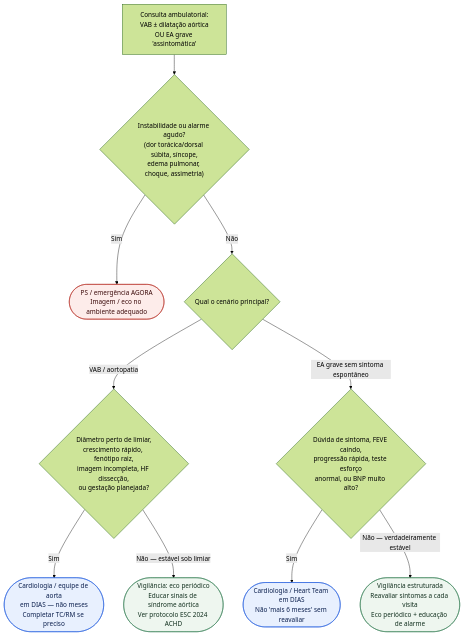
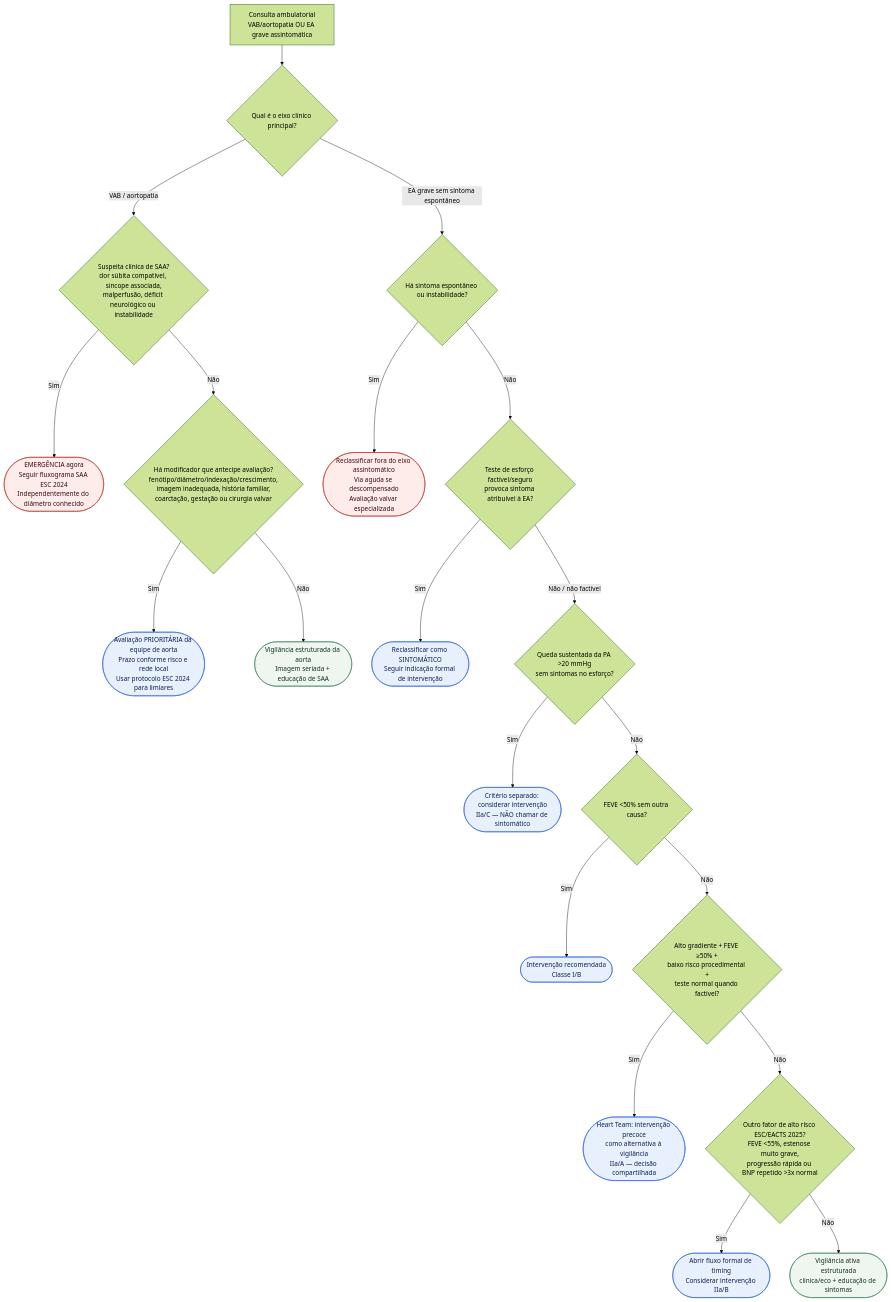
The diagram in content/Valvopatias/fluxograma-ambulatorial-bicuspide-aortopatia-e-ea-assintomatica-quando-escalar.md (rafaelpaesmeirelles/MeuCardio), drawn with Mermaid (forest theme) before and after one commit. The commit also changed other lines of this file, not shown here.

Commit message:
fix(content): reestrutura fluxograma VAB e EA assintomática

````diff
--- a/content/Valvopatias/fluxograma-ambulatorial-bicuspide-aortopatia-e-ea-assintomatica-quando-escalar.md
+++ b/content/Valvopatias/fluxograma-ambulatorial-bicuspide-aortopatia-e-ea-assintomatica-quando-escalar.md
@@ -24,25 +27,31 @@
 ```mermaid
 flowchart TD
-  R0["Consulta ambulatorial:<br/>VAB ± dilatação aórtica<br/>OU EA grave 'assintomática'"] --> D1{"Instabilidade ou alarme agudo?<br/>(dor torácica/dorsal súbita, síncope,<br/>edema pulmonar, choque, assimetria)"}
+  R0["Consulta ambulatorial<br/>VAB/aortopatia OU EA grave assintomática"] --> D0{"Qual é o eixo clínico principal?"}
 
-  D1 -->|"Sim"| C1(["PS / emergência AGORA<br/>Imagem / eco no ambiente adequado"])
+  D0 -->|"VAB / aortopatia"| A1{"Suspeita clínica de SAA?<br/>dor súbita compatível, síncope associada,<br/>malperfusão, déficit neurológico ou instabilidade"}
+  A1 -->|"Sim"| A2(["EMERGÊNCIA agora<br/>Seguir fluxograma SAA ESC 2024<br/>Independentemente do diâmetro conhecido"])
+  A1 -->|"Não"| A3{"Há modificador que antecipe avaliação?<br/>fenótipo/diâmetro/indexação/crescimento,<br/>imagem inadequada, história familiar,<br/>coarctação, gestação ou cirurgia valvar"}
+  A3 -->|"Sim"| A4(["Avaliação PRIORITÁRIA da equipe de aorta<br/>Prazo conforme risco e rede local<br/>Usar protocolo ESC 2024 para limiares"])
+  A3 -->|"Não"| A5(["Vigilância estruturada da aorta<br/>Imagem seriada + educação de SAA"])
 
-  D1 -->|"Não"| D2{"Qual o cenário principal?"}
+  D0 -->|"EA grave sem sintoma espontâneo"| E1{"Há sintoma espontâneo ou instabilidade?"}
+  E1 -->|"Sim"| E2(["Reclassificar fora do eixo assintomático<br/>Via aguda se descompensado<br/>Avaliação valvar especializada"])
+  E1 -->|"Não"| E3{"Teste de esforço factível/seguro<br/>provoca sintoma atribuível à EA?"}
+  E3 -->|"Sim"| E4(["Reclassificar como SINTOMÁTICO<br/>Seguir indicação formal de intervenção"])
+  E3 -->|"Não / não factível"| E5{"Queda sustentada da PA >20 mmHg<br/>sem sintomas no esforço?"}
+  E5 -->|"Sim"| E6(["Critério separado: considerar intervenção<br/>IIa/C — NÃO chamar de sintomático"])
+  E5 -->|"Não"| E7{"FEVE <50% sem outra causa?"}
+  E7 -->|"Sim"| E8(["Intervenção recomendada<br/>Classe I/B"])
+  E7 -->|"Não"| E9{"Alto gradiente + FEVE ≥50% +<br/>baixo risco procedimental +<br/>teste normal quando factível?"}
+  E9 -->|"Sim"| E10(["Heart Team: intervenção precoce<br/>como alternativa à vigilância<br/>IIa/A — decisão compartilhada"])
+  E9 -->|"Não"| E11{"Outro fator de alto risco ESC/EACTS 2025?<br/>FEVE <55%, estenose muito grave,<br/>progressão rápida ou BNP repetido >3x normal"}
+  E11 -->|"Sim"| E12(["Abrir fluxo formal de timing<br/>Considerar intervenção IIa/B"])
+  E11 -->|"Não"| E13(["Vigilância ativa estruturada<br/>clínica/eco + educação de sintomas"])
 
-  D2 -->|"VAB / aortopatia"| D3{"Diâmetro perto de limiar,<br/>crescimento rápido, fenótipo raiz,<br/>imagem incompleta, HF dissecção,<br/>ou gestação planejada?"}
-
-  D3 -->|"Sim"| C2(["Cardiologia / equipe de aorta<br/>em DIAS — não meses<br/>Completar TC/RM se preciso"])
-  D3 -->|"Não — estável sob limiar"| C3(["Vigilância: eco periódico<br/>Educar sinais de síndrome aórtica<br/>Ver protocolo ESC 2024 ACHD"])
-
-  D2 -->|"EA grave sem sintoma espontâneo"| D4{"Dúvida de sintoma, FEVE caindo,<br/>progressão rápida, teste esforço<br/>anormal, ou BNP muito alto?"}
-
-  D4 -->|"Sim"| C4(["Cardiologia / Heart Team em DIAS<br/>Não 'mais 6 meses' sem reavaliar"])
-  D4 -->|"Não — verdadeiramente estável"| C5(["Vigilância estruturada<br/>Reavaliar sintomas a cada visita<br/>Eco periódico + educação de alarme"])
-
+  classDef alerta fill:#fdecea,stroke:#b3261e,color:#3b0a0a;
   classDef conduta fill:#eef6ef,stroke:#2f7a4f,color:#12301f;
-  classDef alerta fill:#fdecea,stroke:#b3261e,color:#3b0a0a;
   classDef equipe fill:#e8f0fe,stroke:#1a56db,color:#0b1f4d;
-  class C1 alerta;
-  class C3,C5 conduta;
-  class C2,C4 equipe;
+  class A2,E2 alerta;
+  class A5,E13 conduta;
+  class A4,E4,E6,E8,E10,E12 equipe;
 ```
````
